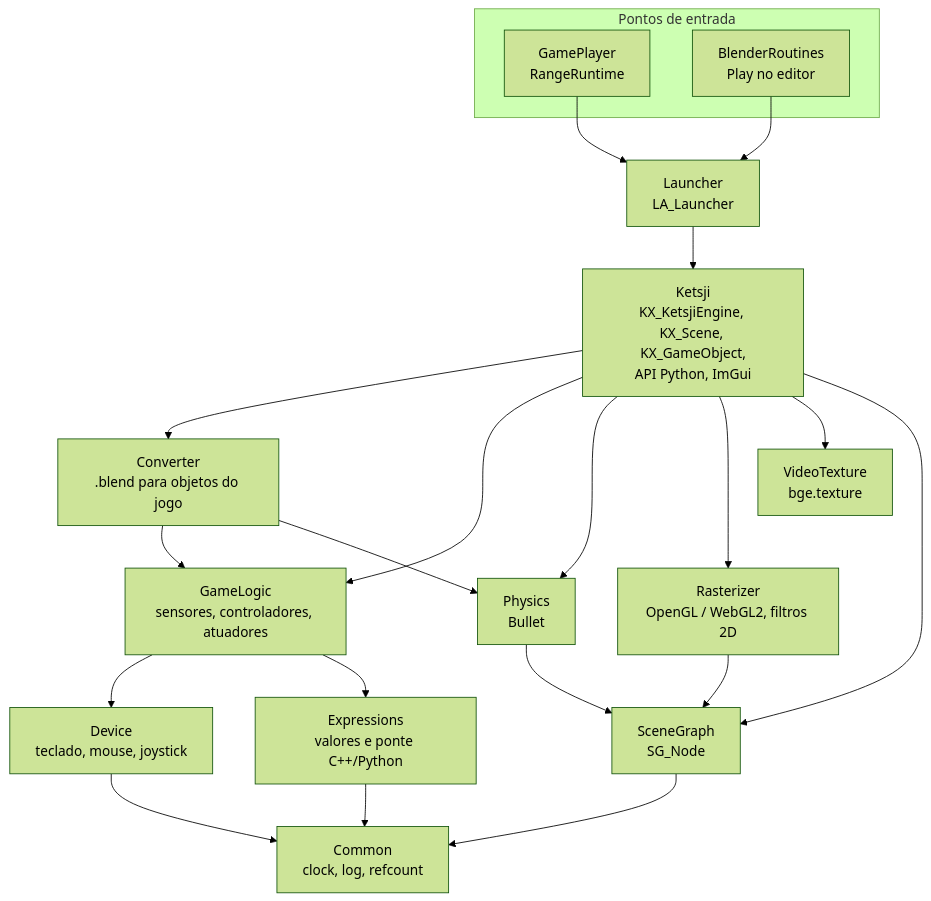
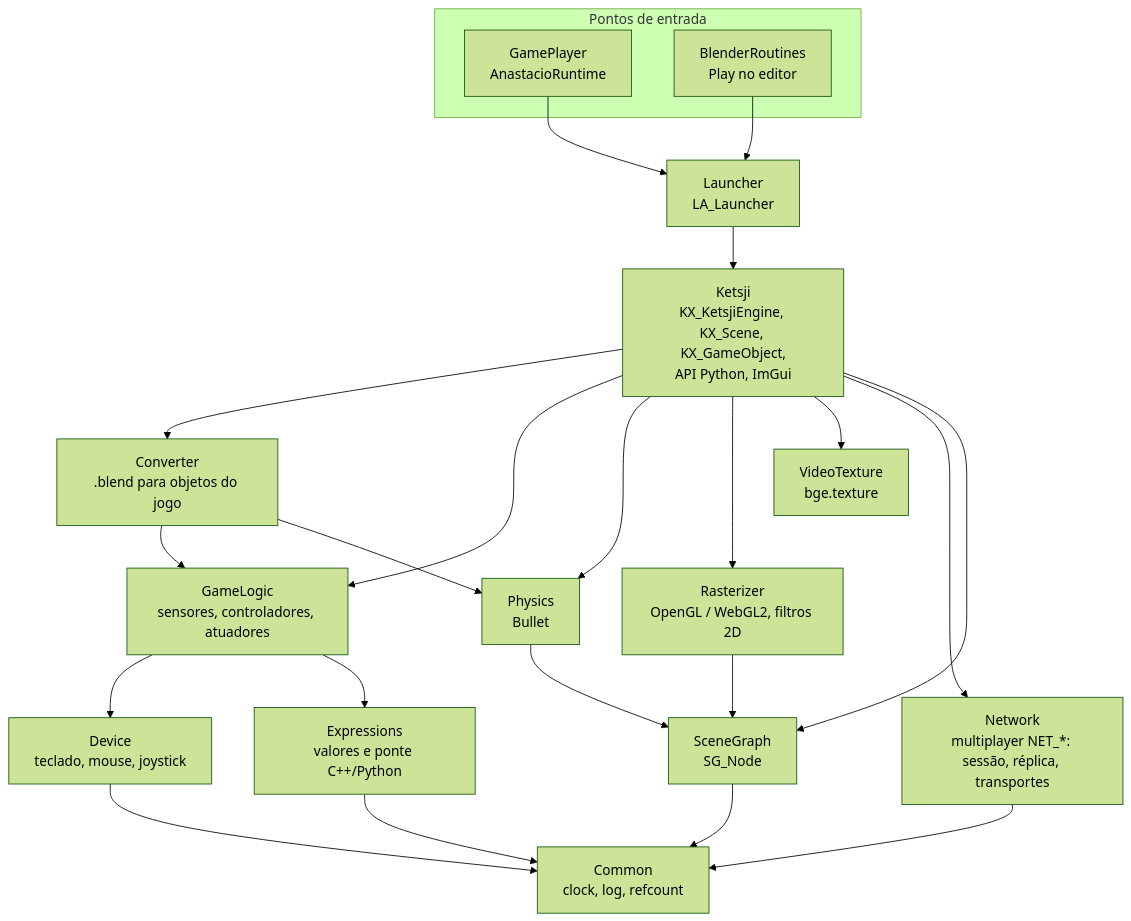
Before and after one commit to AnastacioGames/AnastacioEngine: the second of 6 diagrams in docs/diagramas-arquitetura.md, drawn with Mermaid (forest theme). The commit also changed other lines of this file and 1 other file, not shown here.

Commit message:
docs(architecture): refresh diagrams and map for Network, Logic/UI Tree, .cooked and new frame steps

````diff
--- a/docs/diagramas-arquitetura.md
+++ b/docs/diagramas-arquitetura.md
@@ -44,37 +44,40 @@
 ```mermaid
 flowchart TB
     subgraph entrada["Pontos de entrada"]
-        GP["GamePlayer<br/>RangeRuntime"]
+        GP["GamePlayer<br/>AnastacioRuntime"]
         BR["BlenderRoutines<br/>Play no editor"]
     end
     LA["Launcher<br/>LA_Launcher"]
     KX["Ketsji<br/>KX_KetsjiEngine, KX_Scene, KX_GameObject,<br/>API Python, ImGui"]
     CV["Converter<br/>.blend para objetos do jogo"]
     GL["GameLogic<br/>sensores, controladores, atuadores"]
     PH["Physics<br/>Bullet"]
     RA["Rasterizer<br/>OpenGL / WebGL2, filtros 2D"]
     VT["VideoTexture<br/>bge.texture"]
+    NT["Network<br/>multiplayer NET_*: sessão, réplica, transportes"]
     SG["SceneGraph<br/>SG_Node"]
     DV["Device<br/>teclado, mouse, joystick"]
     EX["Expressions<br/>valores e ponte C++/Python"]
     CM["Common<br/>clock, log, refcount"]
 
     GP --> LA
     BR --> LA
     LA --> KX
     KX --> CV
     KX --> GL
     KX --> PH
     KX --> RA
     KX --> VT
+    KX --> NT
+    NT --> CM
     CV --> GL
     CV --> PH
     GL --> DV
     GL --> EX
     PH --> SG
     RA --> SG
     KX --> SG
     EX --> CM
     SG --> CM
     DV --> CM
 ```
````
